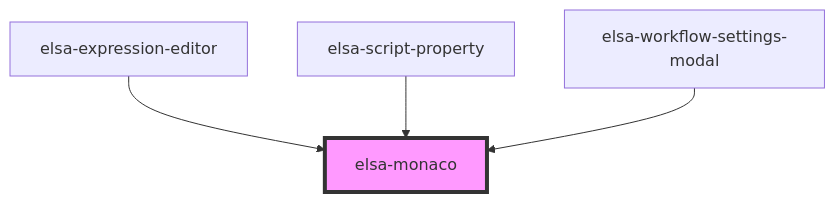
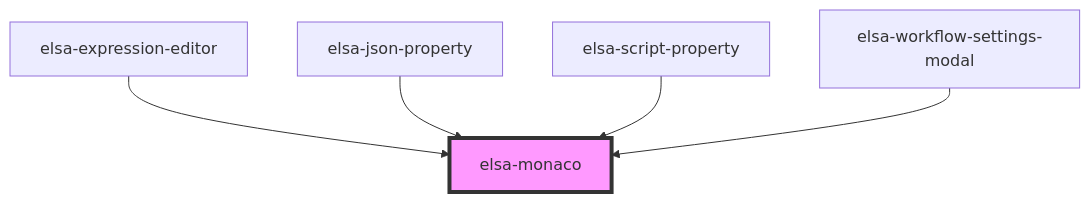
The diagram in src/designer/elsa-workflows-studio/src/components/controls/elsa-monaco/readme.md (elsa-workflows/elsa-core), drawn with Mermaid before and after one commit. The commit also changed other lines of this file and 13 other files, not shown here.

````diff
--- a/src/designer/elsa-workflows-studio/src/components/controls/elsa-monaco/readme.md
+++ b/src/designer/elsa-workflows-studio/src/components/controls/elsa-monaco/readme.md
@@ -58,7 +59,8 @@
 ```mermaid
 graph TD;
   elsa-expression-editor --> elsa-monaco
+  elsa-json-property --> elsa-monaco
   elsa-script-property --> elsa-monaco
   elsa-workflow-settings-modal --> elsa-monaco
   style elsa-monaco fill:#f9f,stroke:#333,stroke-width:4px
 ```
````
